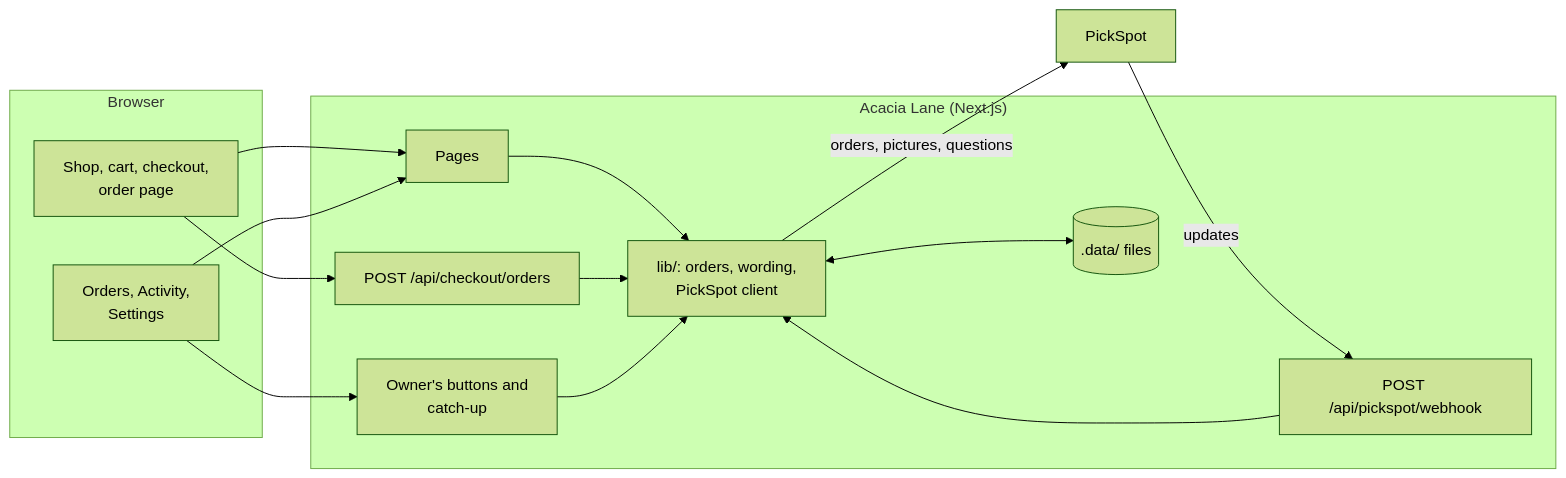
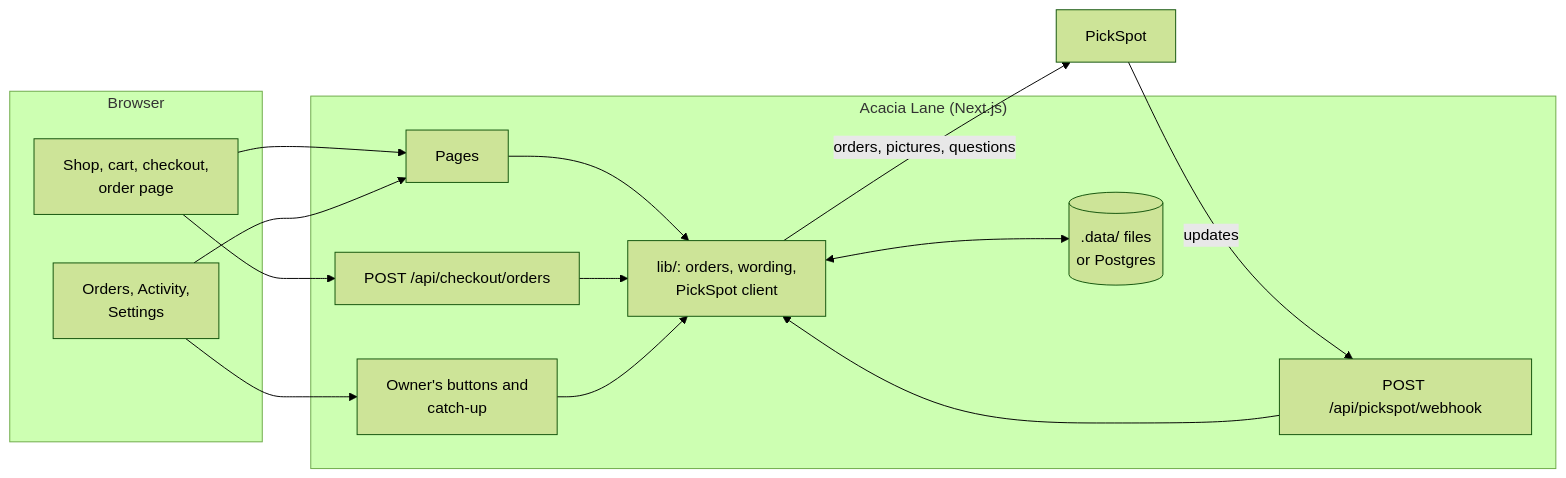
Before and after one commit to jnicolao/acacia-lane: the first of 3 diagrams in docs/how-it-works.md, drawn with Mermaid (forest theme). The commit also changed other lines of this file and 26 other files, not shown here.

First line of the commit message:
Keep the shop's data in Postgres when DATABASE_URL is set

````diff
--- a/docs/how-it-works.md
+++ b/docs/how-it-works.md
@@ -20,30 +21,30 @@
 ```mermaid
 flowchart LR
     subgraph Browser
         Shopper[Shop, cart, checkout,<br/>order page]
         Owner[Orders, Activity,<br/>Settings]
     end
 
     subgraph Shop["Acacia Lane (Next.js)"]
         Pages[Pages]
         Place["POST /api/checkout/orders"]
         Hook["POST /api/pickspot/webhook"]
         Actions[Owner's buttons and<br/>catch-up]
         Lib["lib/: orders, wording,<br/>PickSpot client"]
-        Data[(".data/ files")]
+        Data[(".data/ files<br/>or Postgres")]
     end
 
     PickSpot[PickSpot]
 
     Shopper --> Pages
     Owner --> Pages
     Shopper --> Place
     Owner --> Actions
     Pages --> Lib
     Place --> Lib
     Hook --> Lib
     Actions --> Lib
     Lib <--> Data
     Lib -- "orders, pictures, questions" --> PickSpot
     PickSpot -- "updates" --> Hook
 ```
````
